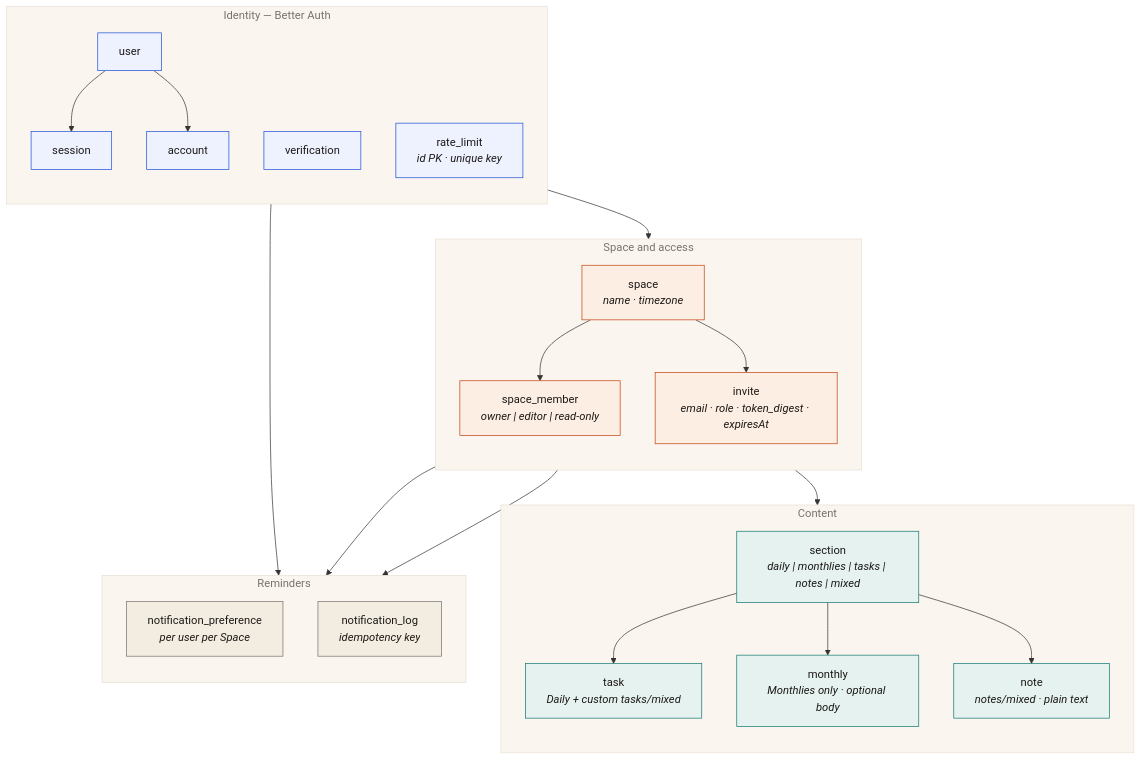
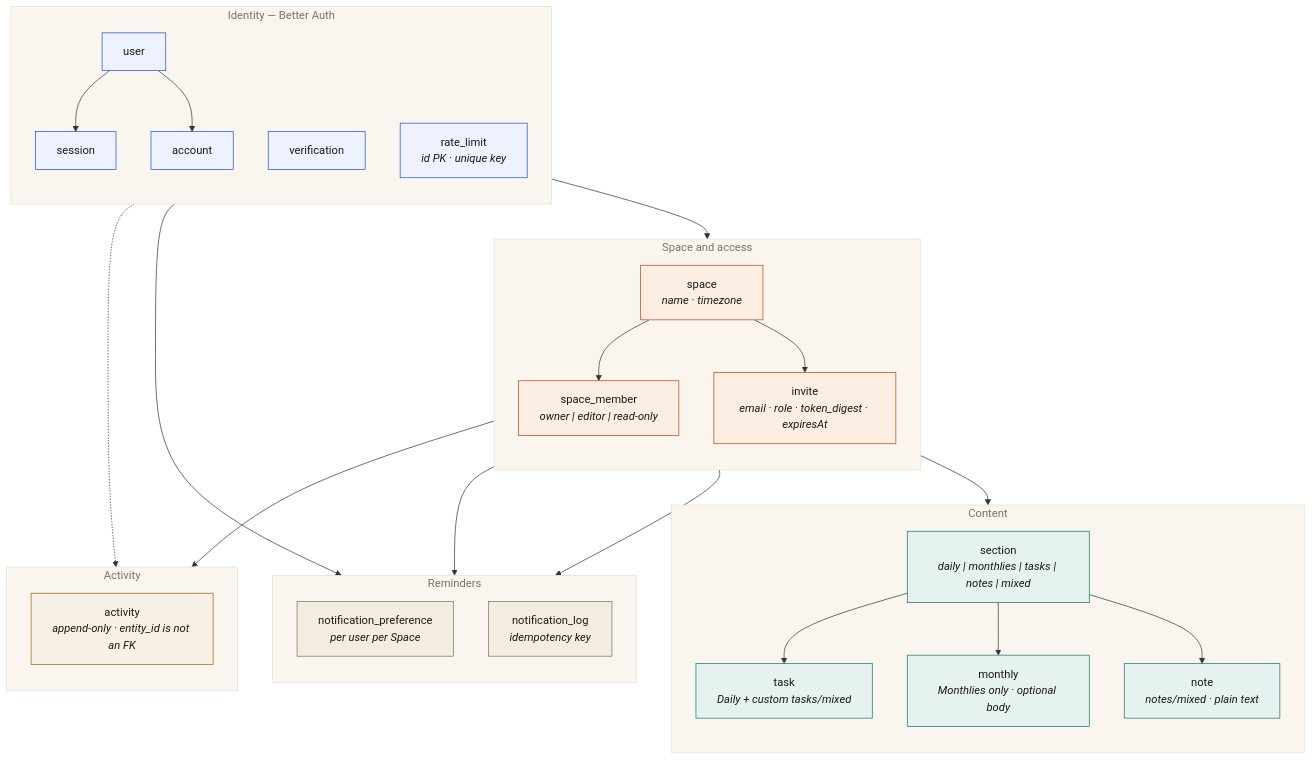
Before and after one commit to JonTrader/Orbit: the first of 3 diagrams in docs/data-model.md, drawn with Mermaid. The commit also changed other lines of this file and 12 other files, not shown here.

````diff
--- a/docs/data-model.md
+++ b/docs/data-model.md
@@ -9,60 +9,70 @@
 ```mermaid
 flowchart TB
   subgraph AUTH["Identity — Better Auth"]
     direction TB
     U["user"]
     SE["session"]
     AC["account"]
     VE["verification"]
     RL["rate_limit<br/><i>id PK · unique key</i>"]
   end
 
   subgraph ACCESS["Space and access"]
     direction TB
     SP["space<br/><i>name · timezone</i>"]
     SM["space_member<br/><i>owner | editor | read-only</i>"]
     IN["invite<br/><i>email · role · token_digest · expiresAt</i>"]
   end
 
   subgraph CONTENT["Content"]
     direction TB
     SC["section<br/><i>daily | monthlies | tasks | notes | mixed</i>"]
     TK["task<br/><i>Daily + custom tasks/mixed</i>"]
     MO["monthly<br/><i>Monthlies only · optional body</i>"]
     NO["note<br/><i>notes/mixed · plain text</i>"]
   end
 
   subgraph NOTIFY["Reminders"]
     direction TB
     NP["notification_preference<br/><i>per user per Space</i>"]
     NL["notification_log<br/><i>idempotency key</i>"]
   end
 
+  subgraph ACTIVITY["Activity"]
+    direction TB
+    ACT["activity<br/><i>append-only · entity_id is not an FK</i>"]
+  end
+
   U --> SE
   U --> AC
   U --> SM
   SP --> SM
   SP --> IN
   SP --> SC
   SC --> TK
   SC --> MO
   SC --> NO
   U --> NP
   SP --> NP
   SP --> NL
+  SP --> ACT
+  U -.-> ACT
 
   classDef auth fill:#eef2ff,stroke:#1d4ed8,stroke-width:1px,color:#1c1917
   classDef access fill:#fdeee4,stroke:#c2410c,stroke-width:1px,color:#1c1917
   classDef content fill:#e6f2f0,stroke:#0f766e,stroke-width:1px,color:#1c1917
   classDef notify fill:#f3ece0,stroke:#78716c,stroke-width:1px,color:#1c1917
+  classDef activity fill:#f7f0e4,stroke:#a16207,stroke-width:1px,color:#1c1917
 
   class U,SE,AC,VE,RL auth
   class SP,SM,IN access
   class SC,TK,MO,NO content
   class NP,NL notify
+  class ACT activity
 
   style AUTH fill:#faf6ef,stroke:#e7e0d4,color:#78716c
   style ACCESS fill:#faf6ef,stroke:#e7e0d4,color:#78716c
   style CONTENT fill:#faf6ef,stroke:#e7e0d4,color:#78716c
   style NOTIFY fill:#faf6ef,stroke:#e7e0d4,color:#78716c
+  style ACTIVITY fill:#faf6ef,stroke:#e7e0d4,color:#78716c
 ```
````
